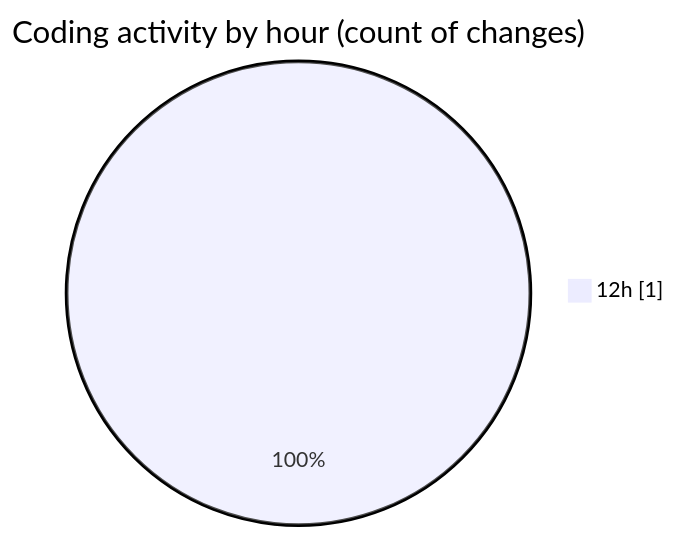
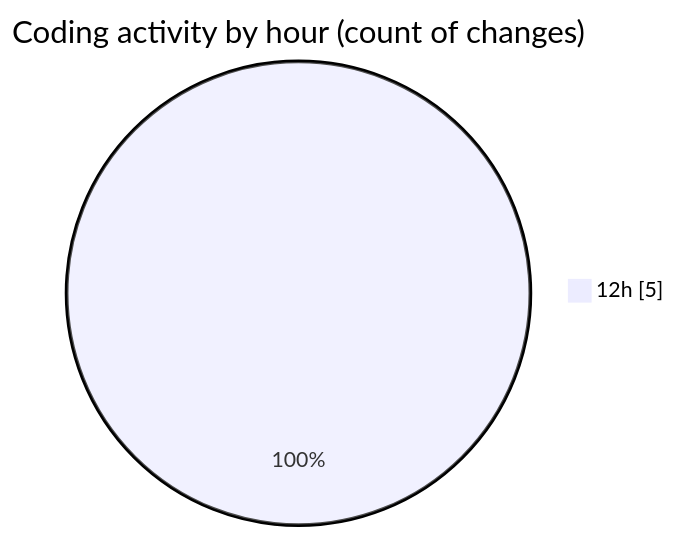
Before and after one commit to NitaiMahat/code-tracking: the second of 2 diagrams in 2025-03-10/startfiles__1_/README.md, drawn with Mermaid. The commit also changed other lines of this file and 1 other file, not shown here.

````diff
--- a/2025-03-10/startfiles__1_/README.md
+++ b/2025-03-10/startfiles__1_/README.md
@@ -28,5 +30,5 @@
 ```mermaid
 pie showData
 title Coding activity by hour (count of changes)
-"12h" : 1
+"12h" : 5
 ```
````
